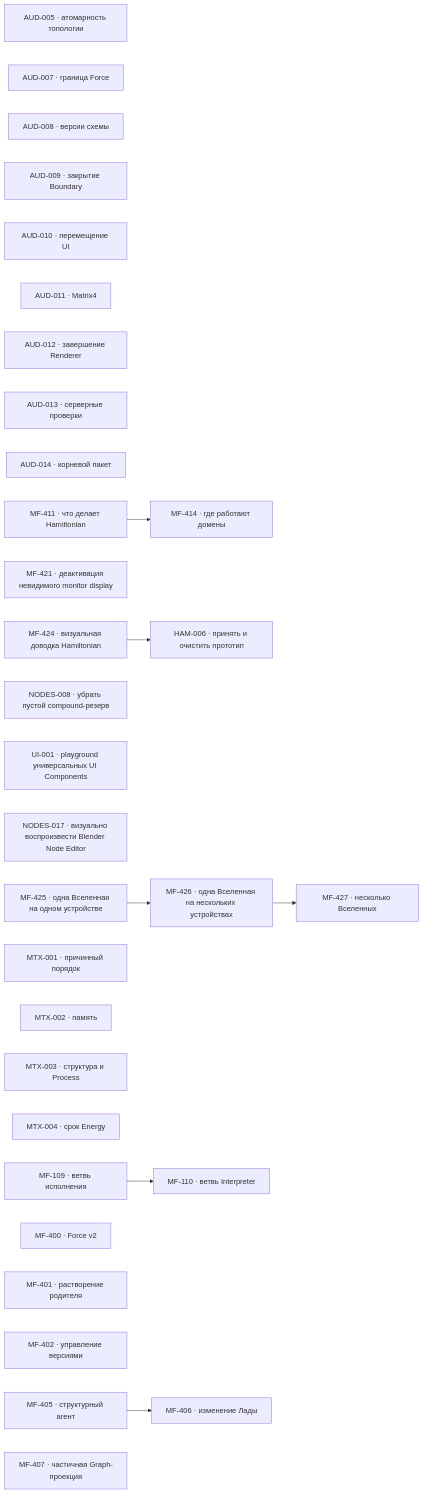
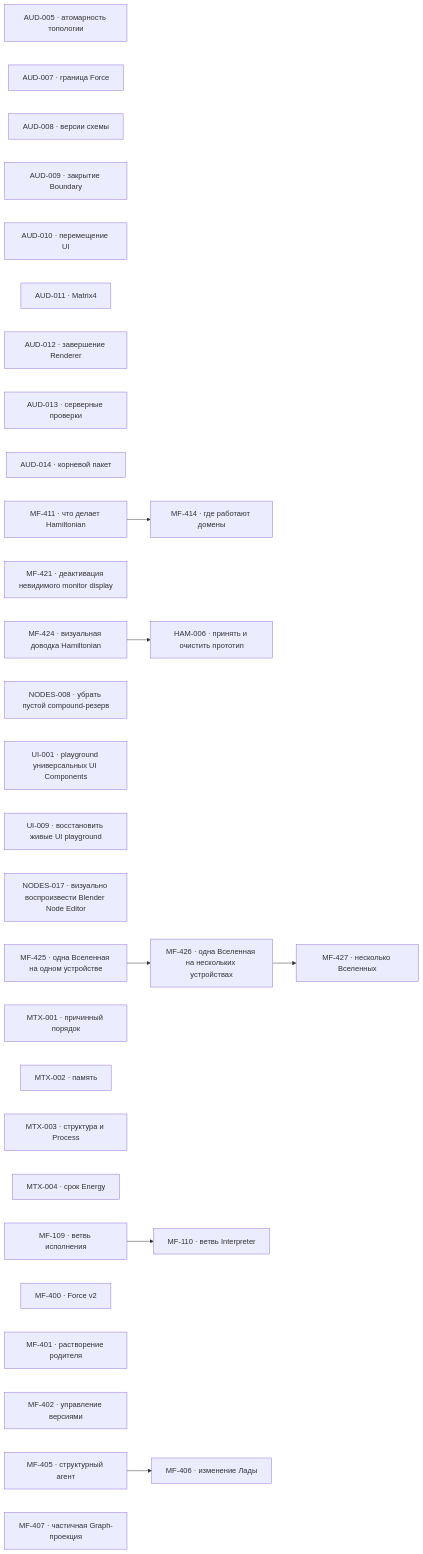
The diagram in project/TODO.md (zavx0z/metafor), drawn with Mermaid before and after one commit. The commit also changed other lines of this file and 1 other file, not shown here.

Commit message:
project(UI-009): start live playground recovery

````diff
--- a/project/TODO.md
+++ b/project/TODO.md
@@ -13,41 +13,42 @@
 ```mermaid
 flowchart LR
     AUD005["AUD-005 · атомарность топологии"]
     AUD007["AUD-007 · граница Force"]
     AUD008["AUD-008 · версии схемы"]
     AUD009["AUD-009 · закрытие Boundary"]
     AUD010["AUD-010 · перемещение UI"]
     AUD011["AUD-011 · Matrix4"]
     AUD012["AUD-012 · завершение Renderer"]
     AUD013["AUD-013 · серверные проверки"]
     AUD014["AUD-014 · корневой пакет"]
     MF411["MF-411 · что делает Hamiltonian"]
     MF414["MF-414 · где работают домены"]
     MF421["MF-421 · деактивация невидимого monitor display"]
     MF424["MF-424 · визуальная доводка Hamiltonian"]
     HAM006["HAM-006 · принять и очистить прототип"]
     NODES008["NODES-008 · убрать пустой compound-резерв"]
     UI001["UI-001 · playground универсальных UI Components"]
+    UI009["UI-009 · восстановить живые UI playground"]
     NODES017["NODES-017 · визуально воспроизвести Blender Node Editor"]
     MF425["MF-425 · одна Вселенная на одном устройстве"]
     MF426["MF-426 · одна Вселенная на нескольких устройствах"]
     MF427["MF-427 · несколько Вселенных"]
     MTX001["MTX-001 · причинный порядок"]
     MTX002["MTX-002 · память"]
     MTX003["MTX-003 · структура и Process"]
     MTX004["MTX-004 · срок Energy"]
     MF109["MF-109 · ветвь исполнения"]
     MF110["MF-110 · ветвь Interpreter"]
     MF400["MF-400 · Force v2"]
     MF401["MF-401 · растворение родителя"]
     MF402["MF-402 · управление версиями"]
     MF405["MF-405 · структурный агент"]
     MF406["MF-406 · изменение Лады"]
     MF407["MF-407 · частичная Graph-проекция"]
     MF109 --> MF110
     MF405 --> MF406
     MF411 --> MF414
     MF424 --> HAM006
     MF425 --> MF426
     MF426 --> MF427
 ```
````
